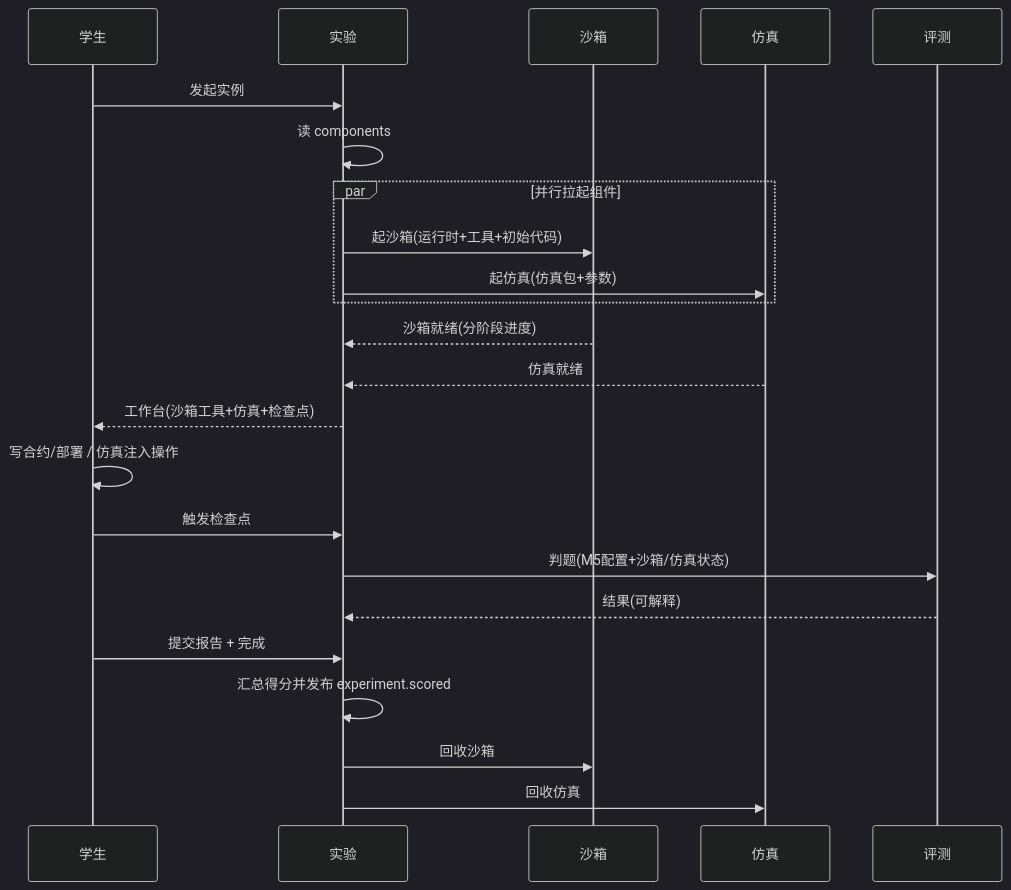
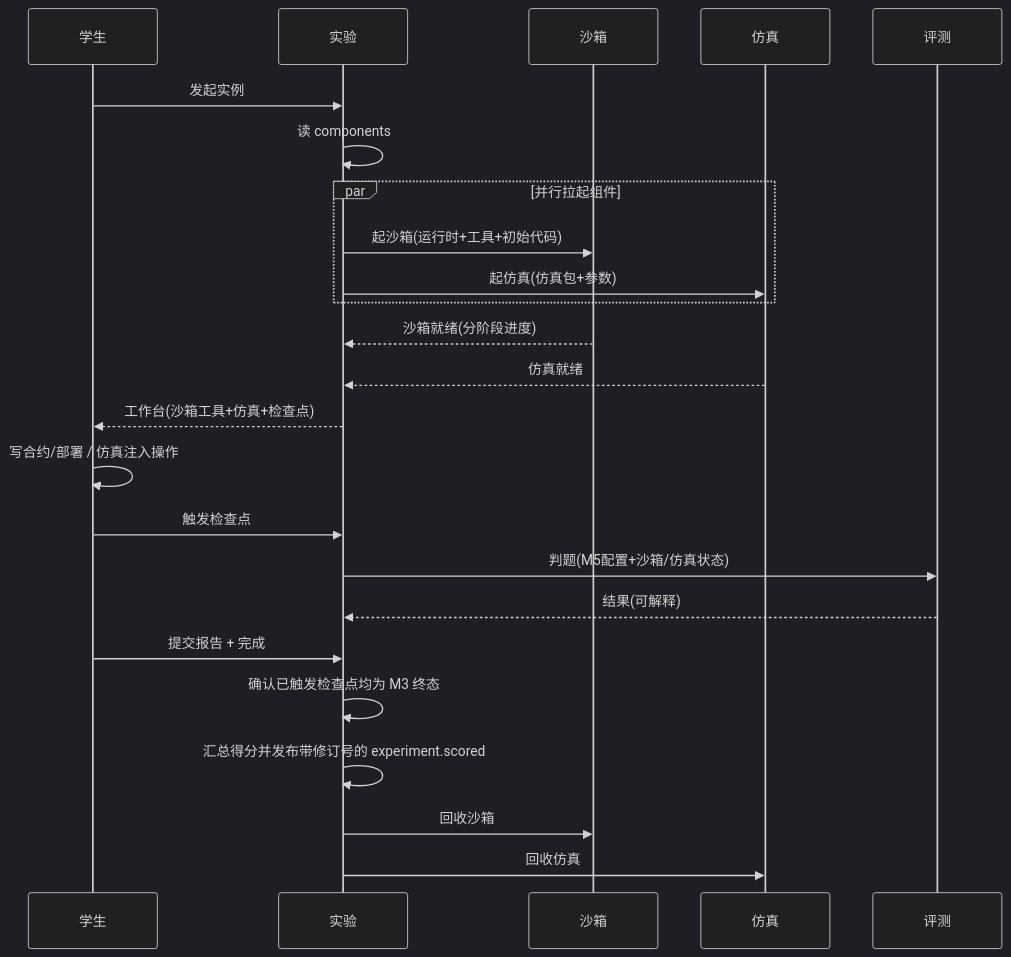
One commit to menghuishisan/CHAIMIR changed the second of 6 diagrams in docs/07-实验/04-业务流程与状态机.md. Above: the diagram before and after it, drawn with Mermaid (dark theme). The commit also changed other lines of this file and 190 other files, not shown here.

````diff
--- a/docs/07-实验/04-业务流程与状态机.md
+++ b/docs/07-实验/04-业务流程与状态机.md
@@ -30,25 +30,26 @@
 ```mermaid
 sequenceDiagram
     participant S as 学生
     participant M7 as 实验
     participant M2 as 沙箱
     participant M4 as 仿真
     participant M3 as 评测
     S->>M7: 发起实例
     M7->>M7: 读 components
     par 并行拉起组件
         M7->>M2: 起沙箱(运行时+工具+初始代码)
         M7->>M4: 起仿真(仿真包+参数)
     end
     M2-->>M7: 沙箱就绪(分阶段进度)
     M4-->>M7: 仿真就绪
     M7-->>S: 工作台(沙箱工具+仿真+检查点)
     S->>S: 写合约/部署 / 仿真注入操作
     S->>M7: 触发检查点
     M7->>M3: 判题(M5配置+沙箱/仿真状态)
     M3-->>M7: 结果(可解释)
     S->>M7: 提交报告 + 完成
-    M7->>M7: 汇总得分并发布 experiment.scored
+    M7->>M7: 确认已触发检查点均为 M3 终态
+    M7->>M7: 汇总得分并发布带修订号的 experiment.scored
     M7->>M2: 回收沙箱
     M7->>M4: 回收仿真
 ```
````
